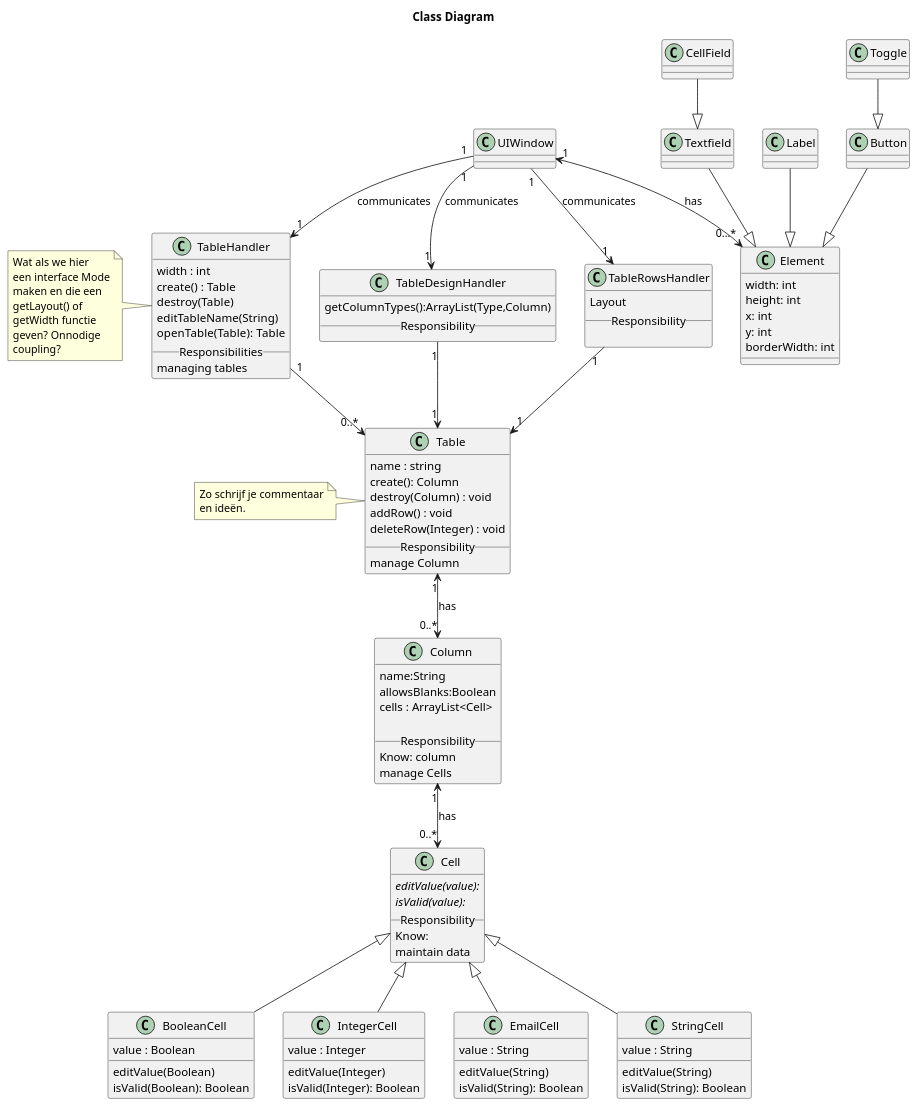
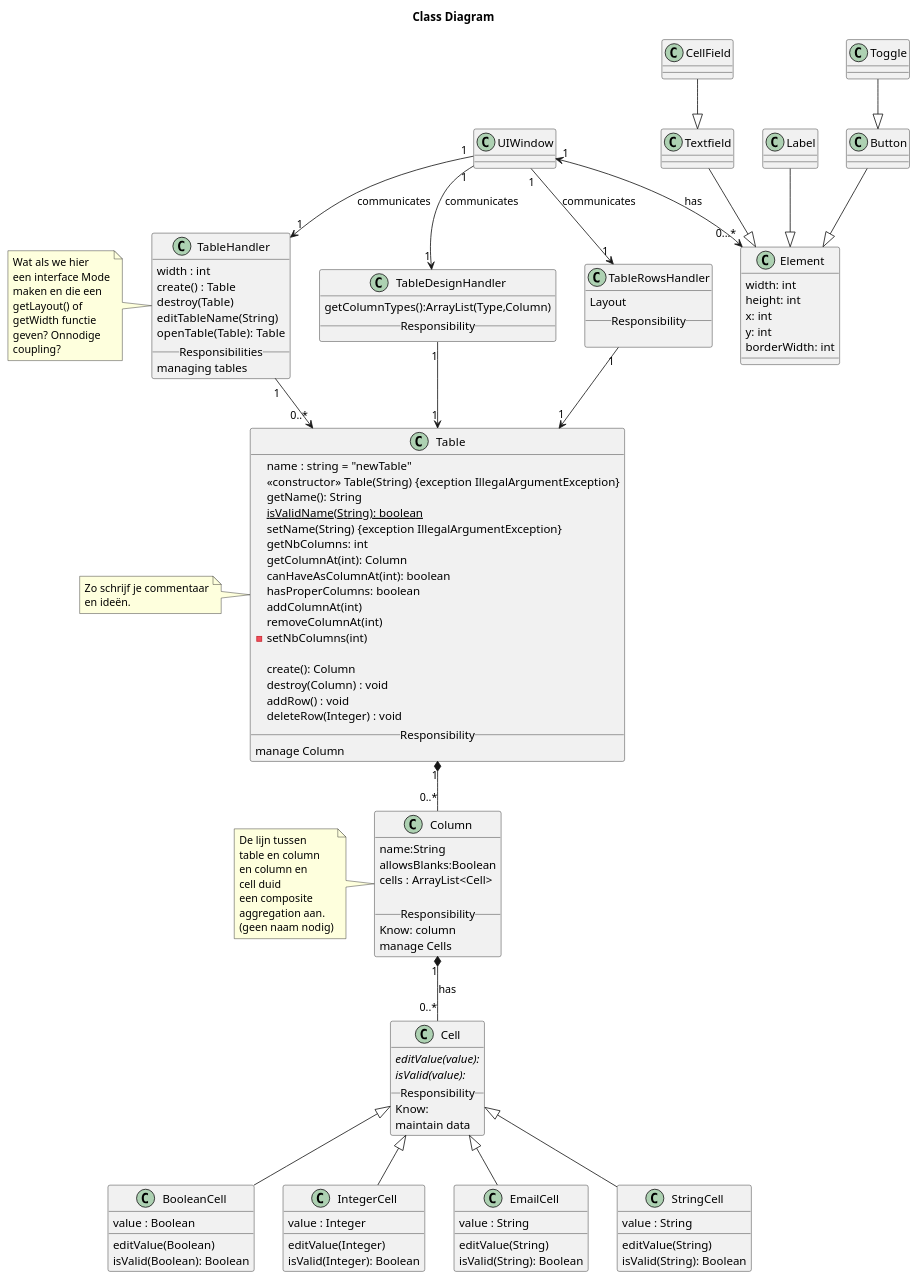
One commit to Bhamoss/softwareOntwerpProject changed the diagram in diagrams/classDiagrams/classDiagram.puml. Above: the diagram before and after it, drawn with PlantUML. The commit also changed 7 other files, not shown here.

Commit message:
Rehearsed OGP on table and adapted the class diagram to it.

```diff
--- a/diagrams/classDiagrams/classDiagram.puml
+++ b/diagrams/classDiagrams/classDiagram.puml
@@ -1,135 +1,156 @@
 @startuml
 title Class Diagram
 
 class Textfield{
 }
 Textfield --|> Element
 
 class Label{
 }
 Label --|> Element
 
 class Toggle{
 }
 Toggle --|> Button
 class Button{
 }
 Button --|> Element
 
 class CellField{
 }
 CellField --|> Textfield
 
 class Element{
     width: int
     height: int
     x: int
     y: int
     borderWidth: int
 }
 UIWindow "1" <--> "0...*" Element: has
 
 class UIWindow{
 }
 
 UIWindow "1" --> "1" TableHandler:  communicates
 UIWindow "1" --> "1" TableDesignHandler:  communicates
 UIWindow "1" --> "1" TableRowsHandler:  communicates
 
 
 class TableHandler{
     width : int
     create() : Table
     destroy(Table)
     editTableName(String)
     openTable(Table): Table
     __Responsibilities__
     managing tables
 }
 note left
     Wat als we hier
     een interface Mode
     maken en die een
     getLayout() of
     getWidth functie
     geven? Onnodige
     coupling?
 end note
 TableHandler "1" --> "0..*" Table
 TableDesignHandler "1" --> "1" Table
 TableRowsHandler "1" --> "1" Table
 
 note left
     Zo schrijf je commentaar
     en ideën.
 end note
 
 class TableDesignHandler{
     getColumnTypes():ArrayList(Type,Column)
 __Responsibility__
 }
 
 class TableRowsHandler{
     Layout
 __Responsibility__
 
 }
 
 class Table{
-    name : string
+    name : string = "newTable"
+    <<constructor>> Table(String) {exception IllegalArgumentException}
+    getName(): String
+    isValidName(String): boolean {static}
+    setName(String) {exception IllegalArgumentException}
+    getNbColumns: int
+    getColumnAt(int): Column
+    canHaveAsColumnAt(int): boolean
+    hasProperColumns: boolean
+    addColumnAt(int)
+    removeColumnAt(int)
+    - setNbColumns(int)
+
     create(): Column
     destroy(Column) : void
     addRow() : void
     deleteRow(Integer) : void
 __Responsibility__
 manage Column
 }
 
 
 
 class Cell{
 editValue(value): {abstract}
 isValid(value): {abstract}
 __Responsibility__
 Know:
 maintain data
 }
 Cell <|-- BooleanCell
 Cell <|-- IntegerCell
 Cell <|-- EmailCell
 Cell <|-- StringCell
 
 class Column{
 name:String
 allowsBlanks:Boolean
 cells : ArrayList<Cell>
 
 __Responsibility__
 Know: column
 manage Cells
 }
 
-Table "1" <--> "0..*" Column: has
-Column "1" <--> "0..*" Cell: has
+Table "1" *-- "0..*" Column
+note left
+    De lijn tussen
+    table en column
+    en column en
+    cell duid
+    een composite
+    aggregation aan.
+    (geen naam nodig)
+end note
+Column "1" *-- "0..*" Cell: has
 
 class BooleanCell{
 value : Boolean
 editValue(Boolean)
 isValid(Boolean): Boolean
 }
 class StringCell{
 value : String
 editValue(String)
 isValid(String): Boolean
 }
 class EmailCell{
 value : String
 editValue(String)
 isValid(String): Boolean
 }
 class IntegerCell{
 value : Integer
 editValue(Integer)
 isValid(Integer): Boolean
 }
 @enduml
```
